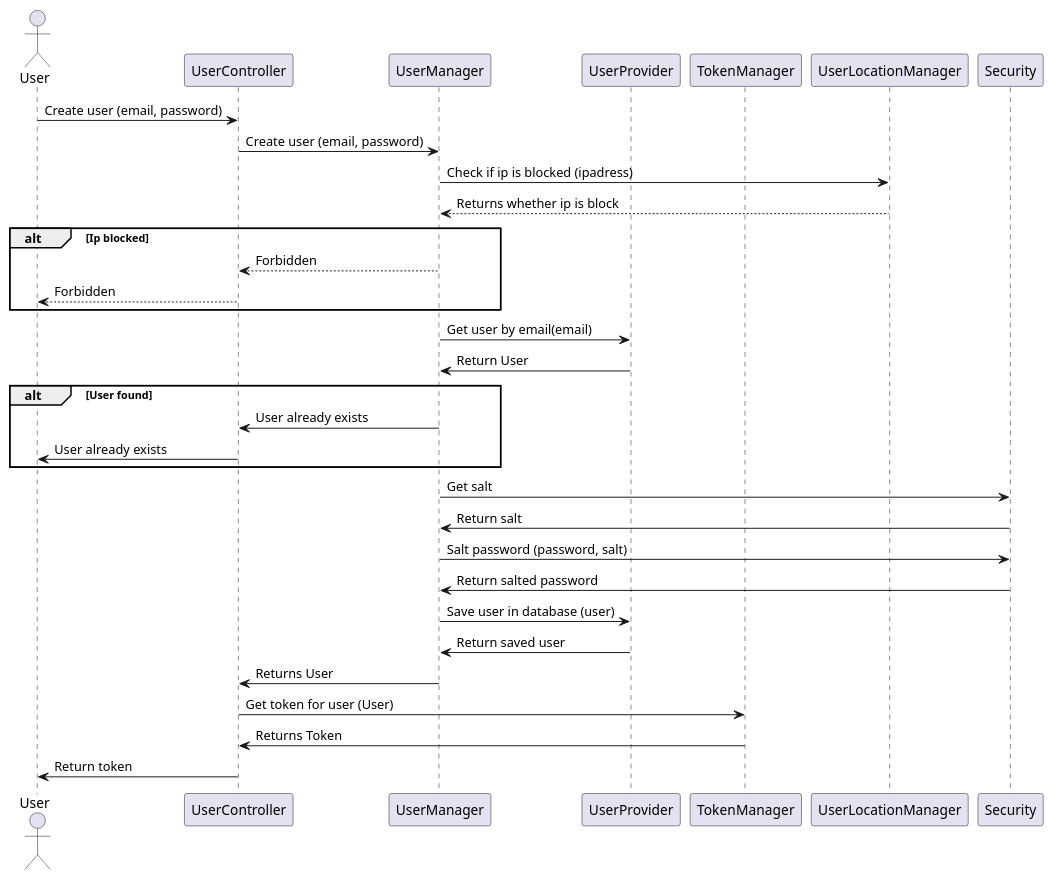
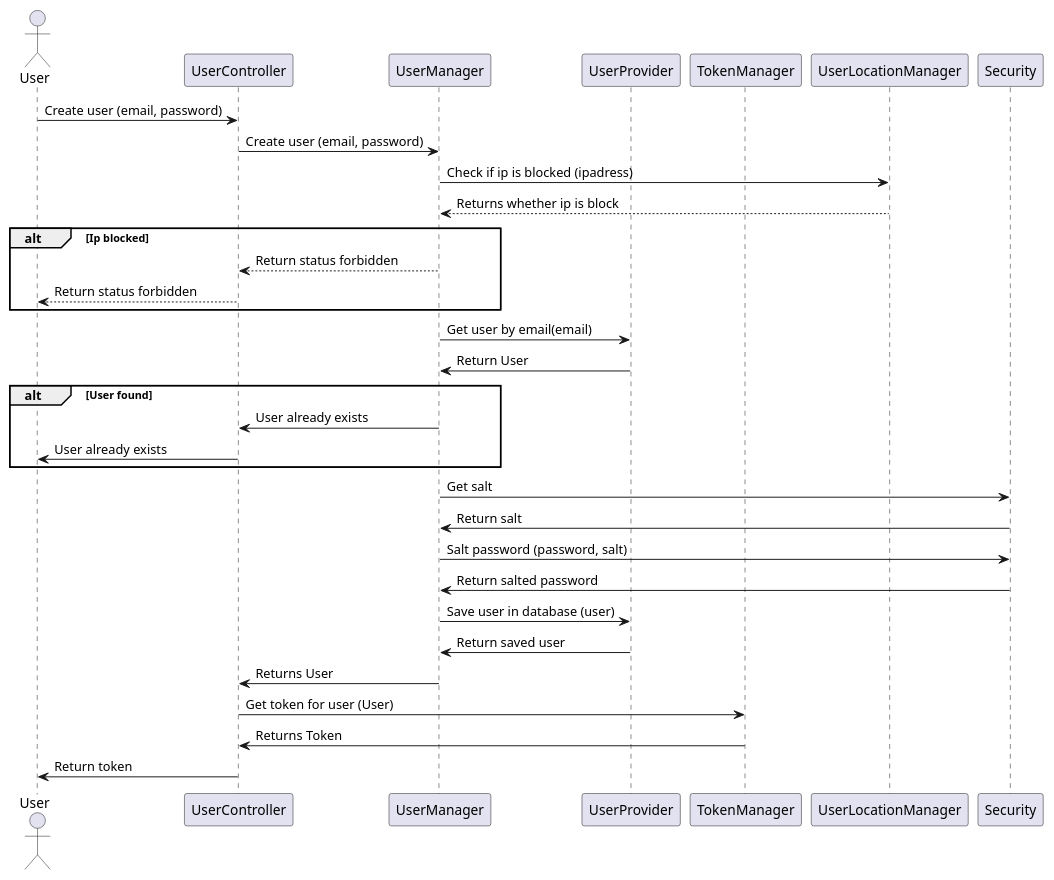
One commit to blackout1471/trust-us-school changed the diagram in Docs/SDDiagrams/CreateUserSD.plantuml. Above: the diagram before and after it, drawn with PlantUML. The commit also changed 7 other files, not shown here.

```diff
--- a/Docs/SDDiagrams/CreateUserSD.plantuml
+++ b/Docs/SDDiagrams/CreateUserSD.plantuml
@@ -1,51 +1,51 @@
 @startuml Create User SD
 
 
 actor User
 participant UserController
 participant UserManager
 participant UserProvider
 participant TokenManager
 participant UserLocationManager
 participant Security
 
 
 
 User->UserController: Create user (email, password)
 UserController->UserManager: Create user (email, password)
 UserManager->UserLocationManager: Check if ip is blocked (ipadress)
 UserLocationManager-->UserManager: Returns whether ip is block
 
 alt Ip blocked
-UserManager-->UserController: Forbidden
-UserController-->User: Forbidden
+UserManager-->UserController: Return status forbidden
+UserController-->User: Return status forbidden
 end
 
 UserManager->UserProvider: Get user by email(email)
 UserProvider->UserManager: Return User
 
 alt User found
 
 UserManager->UserController: User already exists
 UserController->User: User already exists
 
 end
 
 
 UserManager->Security: Get salt
 Security->UserManager: Return salt
 
 UserManager->Security: Salt password (password, salt)
 Security->UserManager: Return salted password
 
 UserManager->UserProvider: Save user in database (user)
 UserProvider->UserManager: Return saved user
 
 
 UserManager->UserController: Returns User
 UserController->TokenManager: Get token for user (User)
 TokenManager->UserController: Returns Token
 
 UserController->User: Return token
 
 @enduml
```
